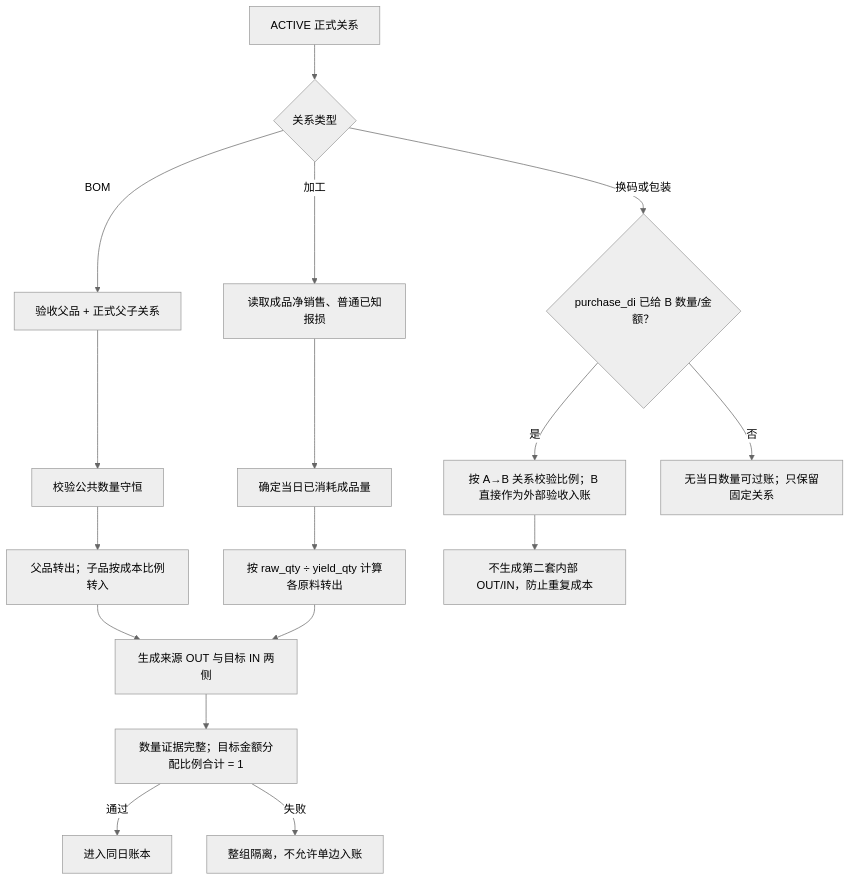
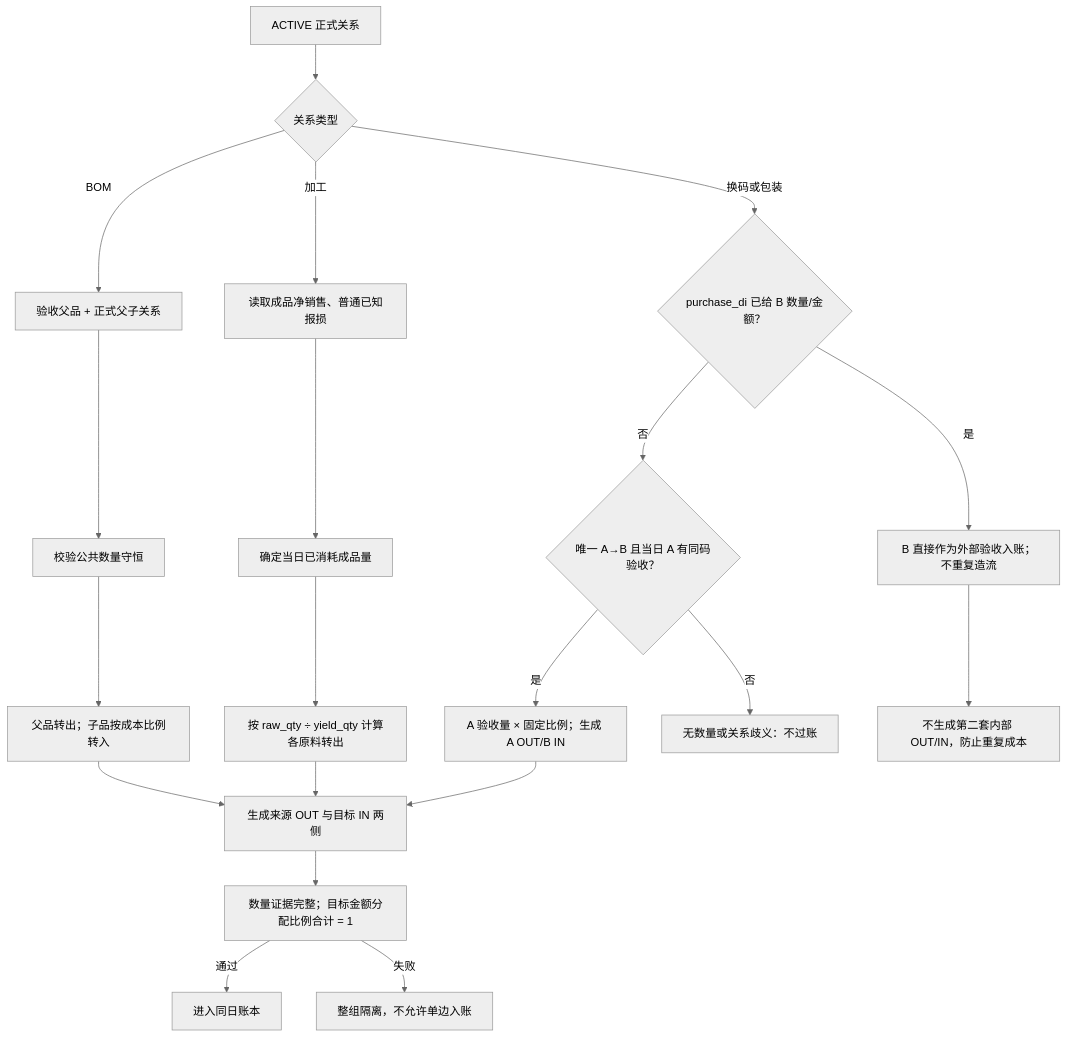
One commit to kate636/cuihua-data changed the fourth of 8 diagrams in fmetl/README.md. Above: the diagram before and after it, drawn with Mermaid (neutral theme). The commit also changed other lines of this file and 6 other files, not shown here.

````diff
--- a/fmetl/README.md
+++ b/fmetl/README.md
@@ -255,23 +255,26 @@
 ```mermaid
 flowchart TB
     REL["ACTIVE 正式关系"] --> TYPE{"关系类型"}
 
     TYPE -->|BOM| B1["验收父品 + 正式父子关系"]
     B1 --> B2["校验公共数量守恒"]
     B2 --> B3["父品转出；子品按成本比例转入"]
 
     TYPE -->|加工| P1["读取成品净销售、普通已知报损"]
     P1 --> P2["确定当日已消耗成品量"]
     P2 --> P3["按 raw_qty ÷ yield_qty 计算各原料转出"]
 
     TYPE -->|换码或包装| C1{"purchase_di 已给 B 数量/金额？"}
-    C1 -->|是| C2["按 A→B 关系校验比例；B 直接作为外部验收入账"]
-    C1 -->|否| C3["无当日数量可过账；只保留固定关系"]
+    C1 -->|是| C2["B 直接作为外部验收入账；不重复造流"]
+    C1 -->|否| C3{"唯一 A→B 且当日 A 有同码验收？"}
+    C3 -->|是| C4["A 验收量 × 固定比例；生成 A OUT/B IN"]
+    C3 -->|否| C5["无数量或关系歧义：不过账"]
 
     B3 --> LEGS["生成来源 OUT 与目标 IN 两侧"]
     P3 --> LEGS
     C2 --> DIRECT["不生成第二套内部 OUT/IN，防止重复成本"]
+    C4 --> LEGS
     LEGS --> CHECK["数量证据完整；目标金额分配比例合计 = 1"]
     CHECK -->|通过| POST["进入同日账本"]
     CHECK -->|失败| QUAR["整组隔离，不允许单边入账"]
 ```
````
